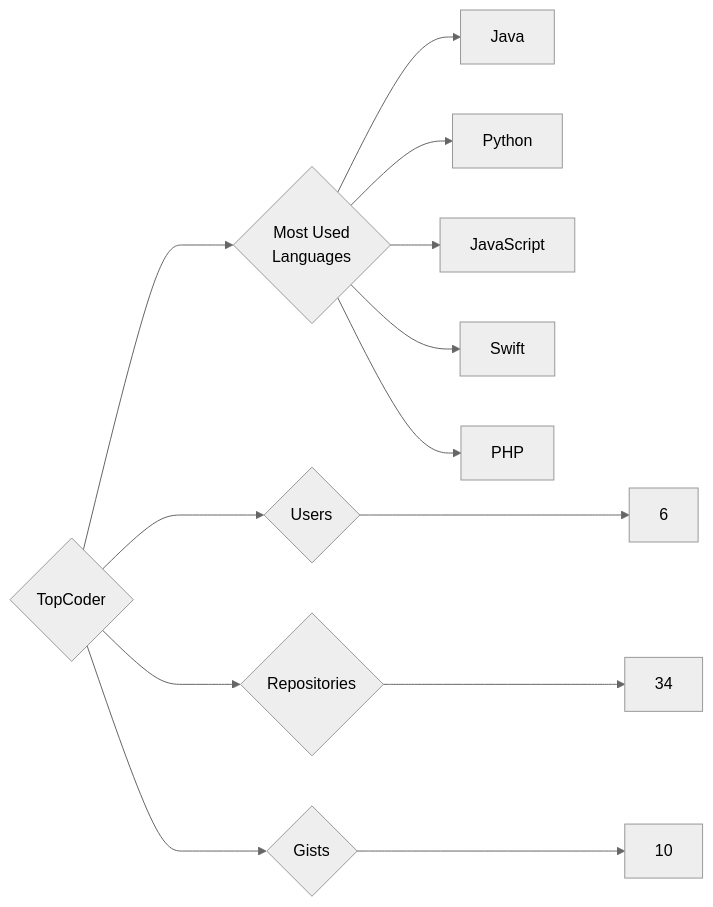
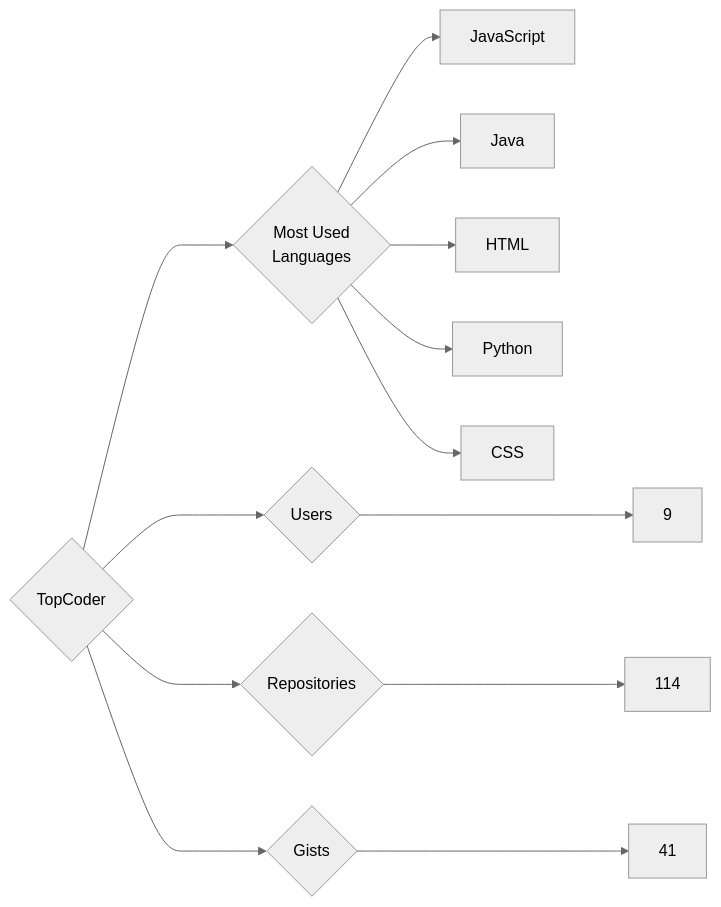
The diagram in targets/TopCoder/README.md (trickest/insiders), drawn with Mermaid (neutral theme) before and after one commit. The commit also changed 870 other files, not shown here.

````diff
--- a/targets/TopCoder/README.md
+++ b/targets/TopCoder/README.md
@@ -3,13 +3,13 @@
 ```mermaid
 graph LR
 COMPANY_NAME{TopCoder}
-COMPANY_NAME ---> U{Users} ---> UN[6]
-COMPANY_NAME ---> R{Repositories} ---> RN[34]
-COMPANY_NAME ---> G{Gists} ---> GN[10]
+COMPANY_NAME ---> U{Users} ---> UN[9]
+COMPANY_NAME ---> R{Repositories} ---> RN[114]
+COMPANY_NAME ---> G{Gists} ---> GN[41]
 COMPANY_NAME ---> ML{Most Used<br>Languages}
+ML --> JavaScript[JavaScript]
 ML --> Java[Java]
+ML --> HTML[HTML]
 ML --> Python[Python]
-ML --> JavaScript[JavaScript]
-ML --> Swift[Swift]
-ML --> PHP[PHP]
+ML --> CSS[CSS]
 ```
````
